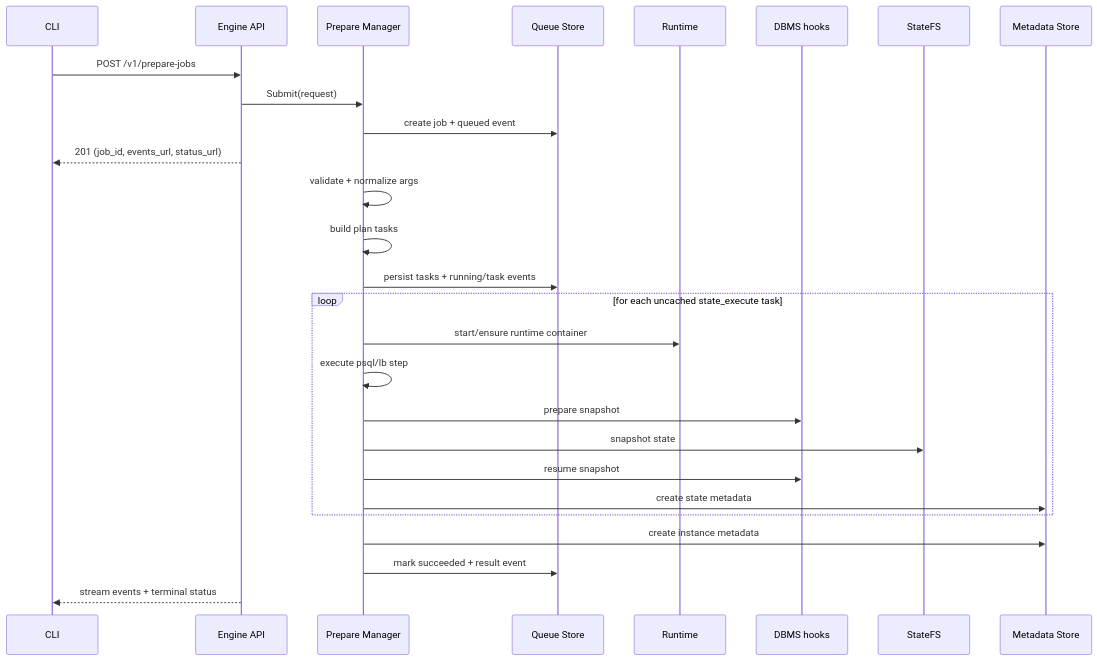
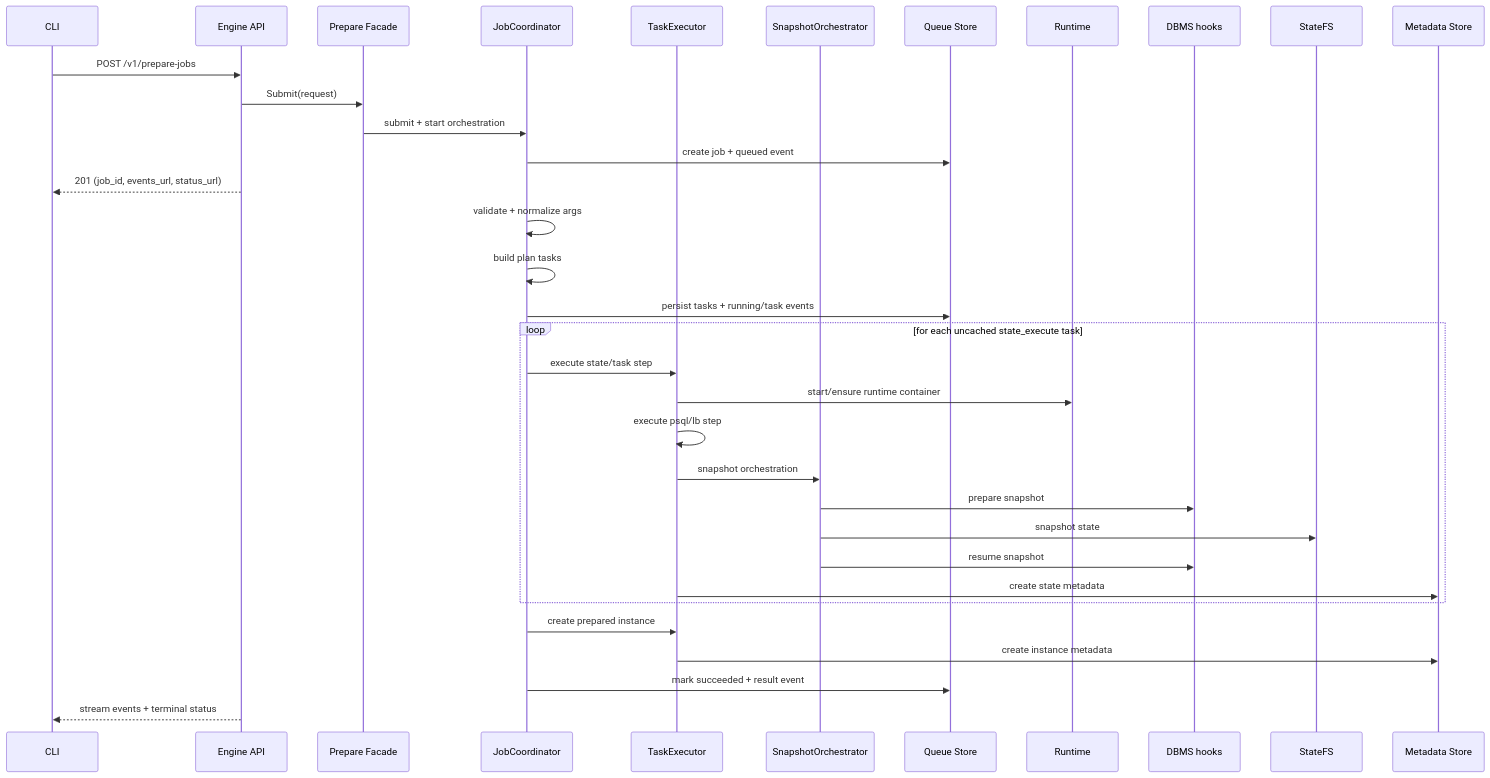
One commit to kimak-irmagi/taidon changed the second of 5 diagrams in docs/architecture/engine-internals.RU.md. Above: the diagram before and after it, drawn with Mermaid. The commit also changed other lines of this file and 44 other files, not shown here.

````diff
--- a/docs/architecture/engine-internals.RU.md
+++ b/docs/architecture/engine-internals.RU.md
@@ -131,33 +148,40 @@
 ```mermaid
 sequenceDiagram
   participant CLI as CLI
   participant API as Engine API
-  participant PREP as Prepare Manager
+  participant PREP as Prepare Facade
+  participant COORD as JobCoordinator
+  participant EXEC as TaskExecutor
+  participant SNAP as SnapshotOrchestrator
   participant QUEUE as Queue Store
   participant RT as Runtime
   participant DBMS as DBMS hooks
   participant STATEFS as StateFS
   participant STORE as Metadata Store
 
   CLI->>API: POST /v1/prepare-jobs
   API->>PREP: Submit(request)
-  PREP->>QUEUE: create job + queued event
+  PREP->>COORD: submit + start orchestration
+  COORD->>QUEUE: create job + queued event
   API-->>CLI: 201 (job_id, events_url, status_url)
 
-  PREP->>PREP: validate + normalize args
-  PREP->>PREP: build plan tasks
-  PREP->>QUEUE: persist tasks + running/task events
+  COORD->>COORD: validate + normalize args
+  COORD->>COORD: build plan tasks
+  COORD->>QUEUE: persist tasks + running/task events
 
   loop for each uncached state_execute task
-    PREP->>RT: start/ensure runtime container
-    PREP->>PREP: execute psql/lb step
-    PREP->>DBMS: prepare snapshot
-    PREP->>STATEFS: snapshot state
-    PREP->>DBMS: resume snapshot
-    PREP->>STORE: create state metadata
+    COORD->>EXEC: execute state/task step
+    EXEC->>RT: start/ensure runtime container
+    EXEC->>EXEC: execute psql/lb step
+    EXEC->>SNAP: snapshot orchestration
+    SNAP->>DBMS: prepare snapshot
+    SNAP->>STATEFS: snapshot state
+    SNAP->>DBMS: resume snapshot
+    EXEC->>STORE: create state metadata
   end
 
-  PREP->>STORE: create instance metadata
-  PREP->>QUEUE: mark succeeded + result event
+  COORD->>EXEC: create prepared instance
+  EXEC->>STORE: create instance metadata
+  COORD->>QUEUE: mark succeeded + result event
   API-->>CLI: stream events + terminal status
 ```
````
